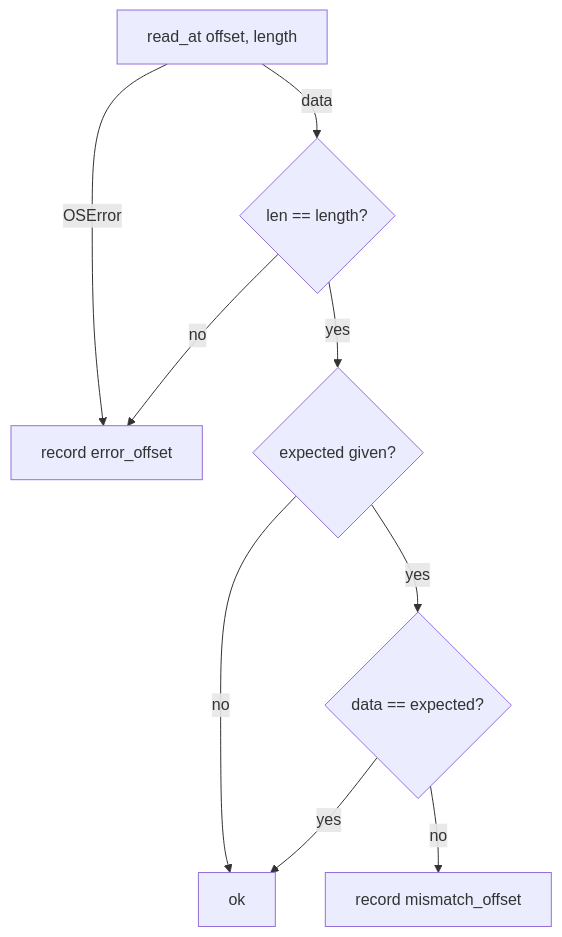
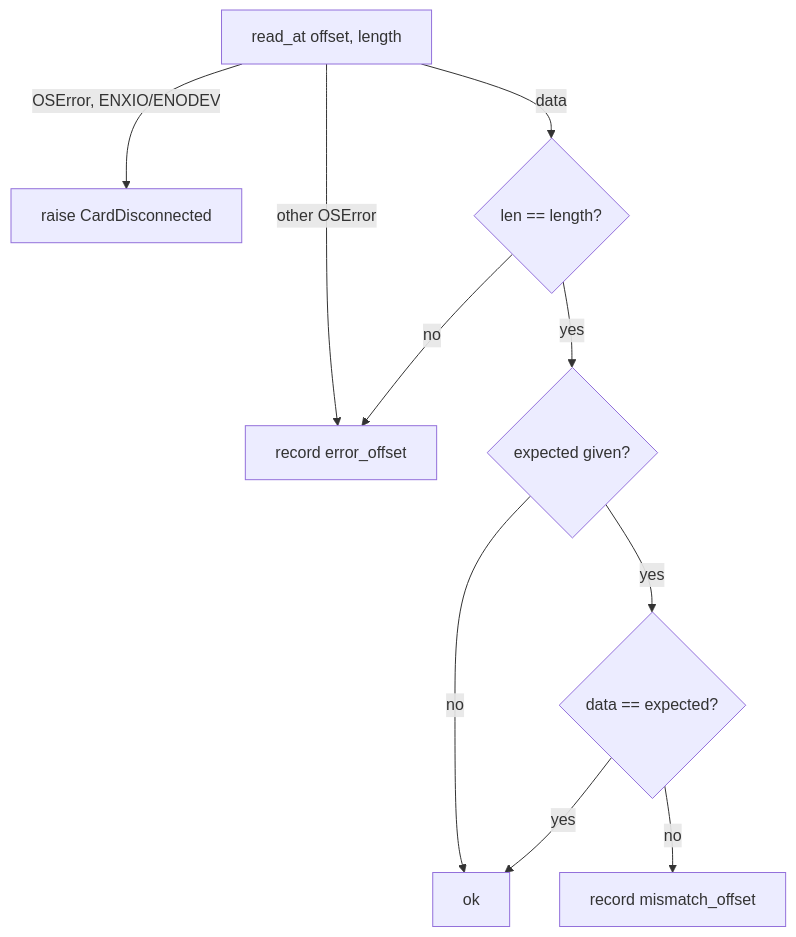
One commit to Boston-Robot-Hackers/microsd-utils changed the first of 2 diagrams in process/01-literate/04-passes.md. Above: the diagram before and after it, drawn with Mermaid. The commit also changed other lines of this file and 27 other files, not shown here.

````diff
--- a/process/01-literate/04-passes.md
+++ b/process/01-literate/04-passes.md
@@ -58,11 +58,12 @@
 ```mermaid
 flowchart TD
-    A[read_at offset, length] -->|OSError| E[record error_offset]
+    A[read_at offset, length] -->|"OSError, ENXIO/ENODEV"| G[raise CardDisconnected]
+    A -->|other OSError| E[record error_offset]
     A -->|data| B{len == length?}
     B -- no --> E
     B -- yes --> C{expected given?}
     C -- no --> OK[ok]
     C -- yes --> D{data == expected?}
     D -- yes --> OK
     D -- no --> M[record mismatch_offset]
 ```
````
